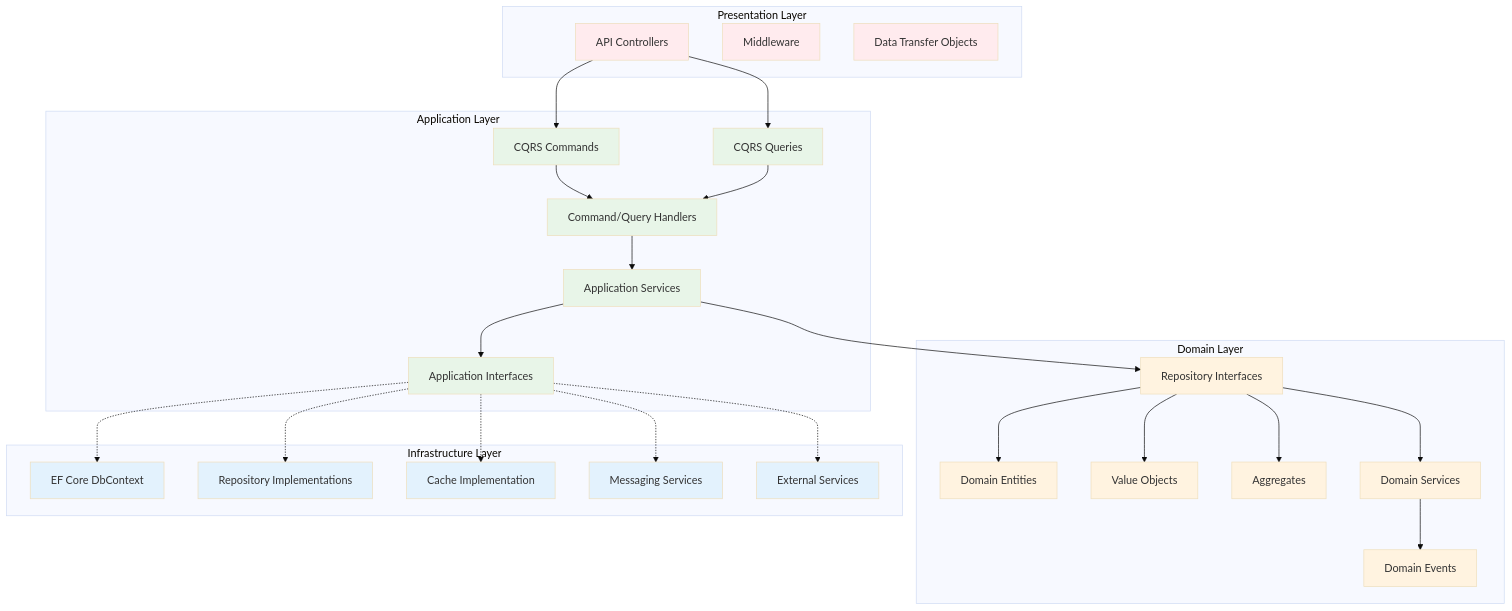
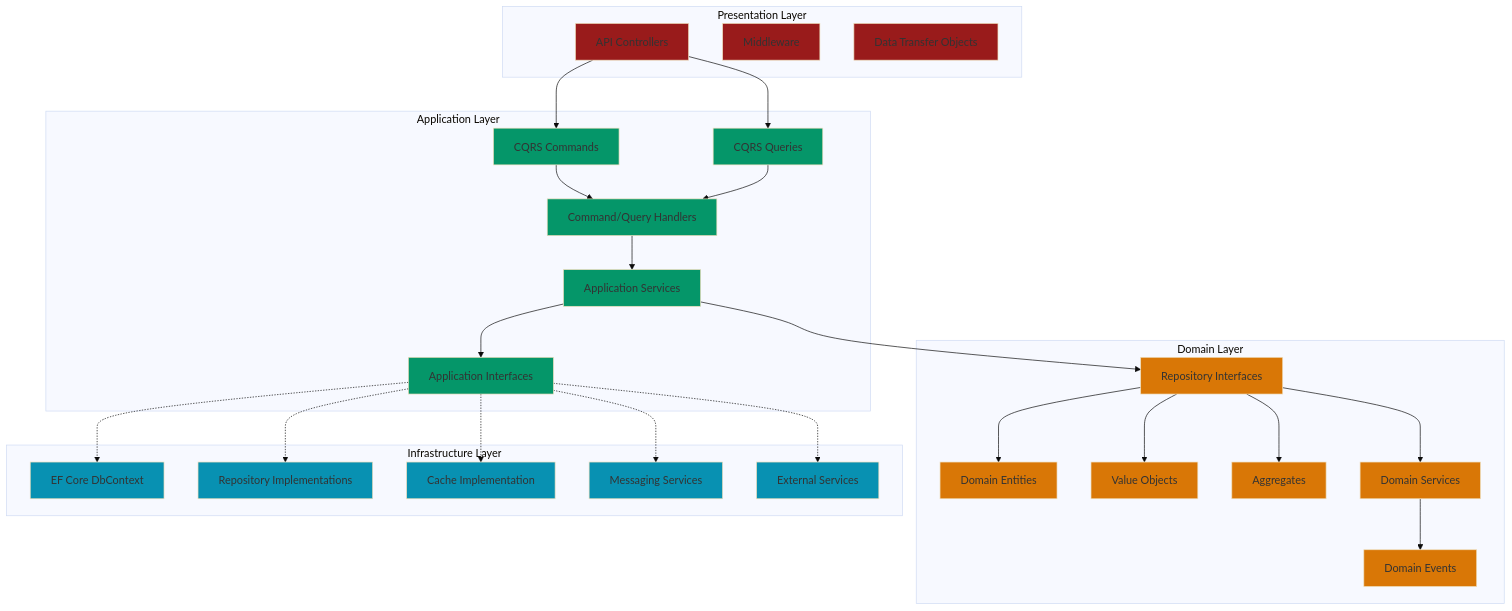
One commit to nithinmohantk/dotnet-multi-tenant-saas-boilerplate-with-advanced-features changed the third of 11 diagrams in README.md. Above: the diagram before and after it, drawn with Mermaid (base theme). The commit also changed other lines of this file, not shown here.

````diff
--- a/README.md
+++ b/README.md
@@ -252,72 +259,72 @@
 ```mermaid
 graph TB
     subgraph "Presentation Layer"
         Controllers[API Controllers]
         Middleware[Middleware]
         DTOs[Data Transfer Objects]
     end
     
     subgraph "Application Layer"
         Commands[CQRS Commands]
         Queries[CQRS Queries]
         Handlers[Command/Query Handlers]
         Services[Application Services]
         Interfaces[Application Interfaces]
     end
     
     subgraph "Domain Layer"
         Entities[Domain Entities]
         ValueObjects[Value Objects]
         Aggregates[Aggregates]
         Repositories[Repository Interfaces]
         DomainServices[Domain Services]
         Events[Domain Events]
     end
     
     subgraph "Infrastructure Layer"
         EF[EF Core DbContext]
         Repos[Repository Implementations]
         Cache[Cache Implementation]
         Messaging[Messaging Services]
         External[External Services]
     end
     
     Controllers --> Commands
     Controllers --> Queries
     Commands --> Handlers
     Queries --> Handlers
     Handlers --> Services
     Services --> Interfaces
     Services --> Repositories
     Repositories --> Entities
     Repositories --> ValueObjects
     Repositories --> Aggregates
     Repositories --> DomainServices
     DomainServices --> Events
     
     Interfaces -.-> EF
     Interfaces -.-> Repos
     Interfaces -.-> Cache
     Interfaces -.-> Messaging
     Interfaces -.-> External
     
-    style Controllers fill:#ffebee
-    style Middleware fill:#ffebee
-    style DTOs fill:#ffebee
-    style Commands fill:#e8f5e8
-    style Queries fill:#e8f5e8
-    style Handlers fill:#e8f5e8
-    style Services fill:#e8f5e8
-    style Interfaces fill:#e8f5e8
-    style Entities fill:#fff3e0
-    style ValueObjects fill:#fff3e0
-    style Aggregates fill:#fff3e0
-    style Repositories fill:#fff3e0
-    style DomainServices fill:#fff3e0
-    style Events fill:#fff3e0
-    style EF fill:#e3f2fd
-    style Repos fill:#e3f2fd
-    style Cache fill:#e3f2fd
-    style Messaging fill:#e3f2fd
-    style External fill:#e3f2fd
+    style Controllers fill:#991b1b
+    style Middleware fill:#991b1b
+    style DTOs fill:#991b1b
+    style Commands fill:#059669
+    style Queries fill:#059669
+    style Handlers fill:#059669
+    style Services fill:#059669
+    style Interfaces fill:#059669
+    style Entities fill:#d97706
+    style ValueObjects fill:#d97706
+    style Aggregates fill:#d97706
+    style Repositories fill:#d97706
+    style DomainServices fill:#d97706
+    style Events fill:#d97706
+    style EF fill:#0891b2
+    style Repos fill:#0891b2
+    style Cache fill:#0891b2
+    style Messaging fill:#0891b2
+    style External fill:#0891b2
 ```
````
